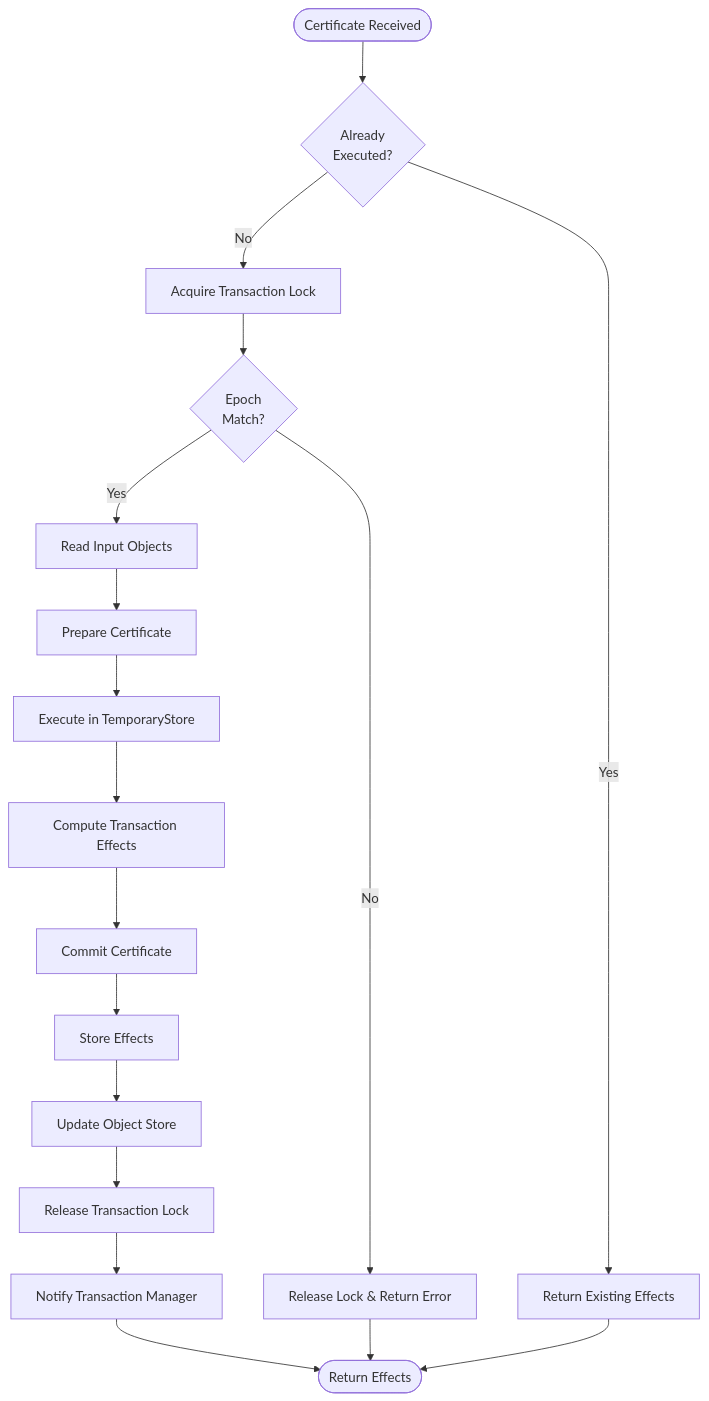
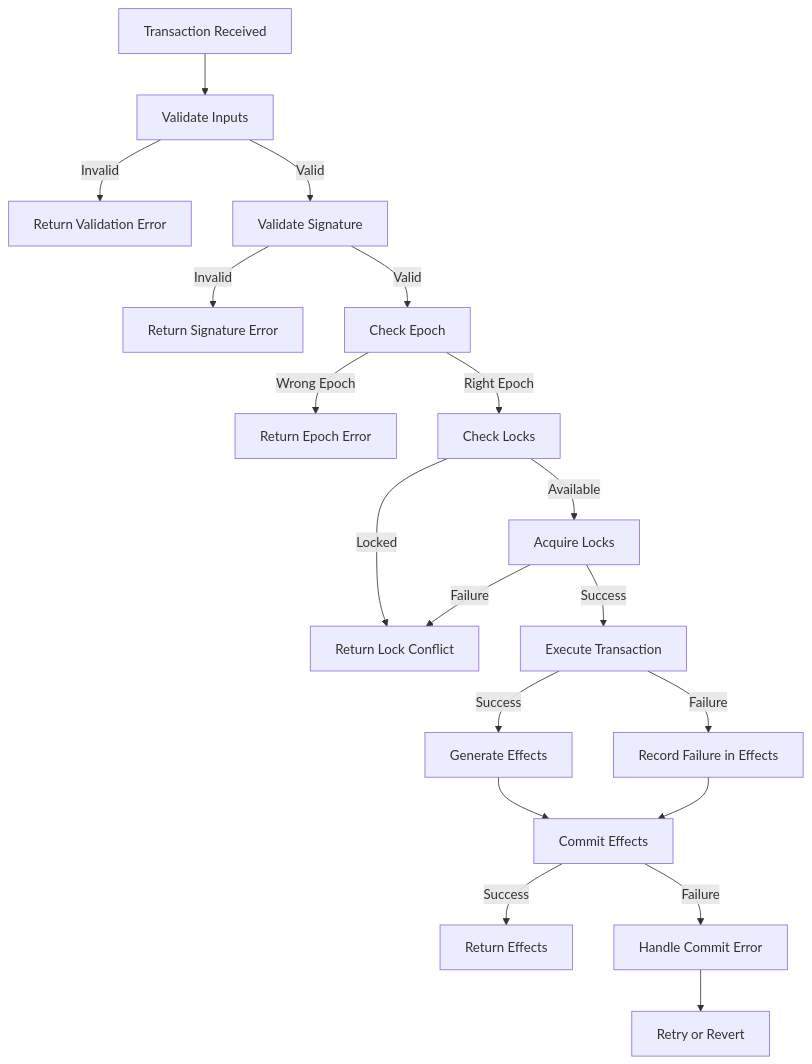
One commit to soma-org/soma changed the ninth of 9 diagrams in memory-bank/modules/authority.md. Above: the diagram before and after it, drawn with Mermaid. The commit also changed other lines of this file and 16 other files, not shown here.

First line of the commit message:
[documentation] Enhance Memory Bank with comprehensive transaction data flow and authority module documentation

````diff
--- a/memory-bank/modules/authority.md
+++ b/memory-bank/modules/authority.md
@@ -308,25 +586,27 @@
 ```mermaid
 flowchart TD
-    Start([Certificate Received]) --> CheckExecuted{Already\nExecuted?}
-    CheckExecuted -->|Yes| ReturnExisting[Return Existing Effects]
-    CheckExecuted -->|No| AcquireTxLock[Acquire Transaction Lock]
+    TxReceived[Transaction Received] --> ValidateInputs[Validate Inputs]
+    ValidateInputs -->|Invalid| ReturnValidationError[Return Validation Error]
+    ValidateInputs -->|Valid| ValidateSig[Validate Signature]
+    ValidateSig -->|Invalid| ReturnSigError[Return Signature Error]
+    ValidateSig -->|Valid| CheckEpoch[Check Epoch]
     
-    AcquireTxLock --> CheckEpoch{Epoch\nMatch?}
-    CheckEpoch -->|No| ReleaseAndError[Release Lock & Return Error]
-    CheckEpoch -->|Yes| LoadObjects[Read Input Objects]
+    CheckEpoch -->|Wrong Epoch| ReturnEpochError[Return Epoch Error]
+    CheckEpoch -->|Right Epoch| CheckLocks[Check Locks]
+    CheckLocks -->|Locked| ReturnLockError[Return Lock Conflict]
+    CheckLocks -->|Available| AcquireLocks[Acquire Locks]
     
-    LoadObjects --> PrepareExecution[Prepare Certificate]
-    PrepareExecution --> Execute[Execute in TemporaryStore]
-    Execute --> ComputeEffects[Compute Transaction Effects]
+    AcquireLocks -->|Success| ExecuteTx[Execute Transaction]
+    AcquireLocks -->|Failure| ReturnLockError
     
-    ComputeEffects --> CommitTx[Commit Certificate]
-    CommitTx --> StoreEffects[Store Effects]
-    StoreEffects --> CommitObjects[Update Object Store]
+    ExecuteTx -->|Success| GenerateEffects[Generate Effects]
+    ExecuteTx -->|Failure| RecordFailure[Record Failure in Effects]
     
-    CommitObjects --> ReleaseLock[Release Transaction Lock]
-    ReleaseLock --> NotifyTxManager[Notify Transaction Manager]
-    NotifyTxManager --> End([Return Effects])
+    GenerateEffects --> CommitEffects[Commit Effects]
+    RecordFailure --> CommitEffects
     
-    ReleaseAndError --> End
-    ReturnExisting --> End
+    CommitEffects -->|Success| ReturnEffects[Return Effects]
+    CommitEffects -->|Failure| HandleCommitError[Handle Commit Error]
+    
+    HandleCommitError --> RetryOrRevert[Retry or Revert]
 ```
````
